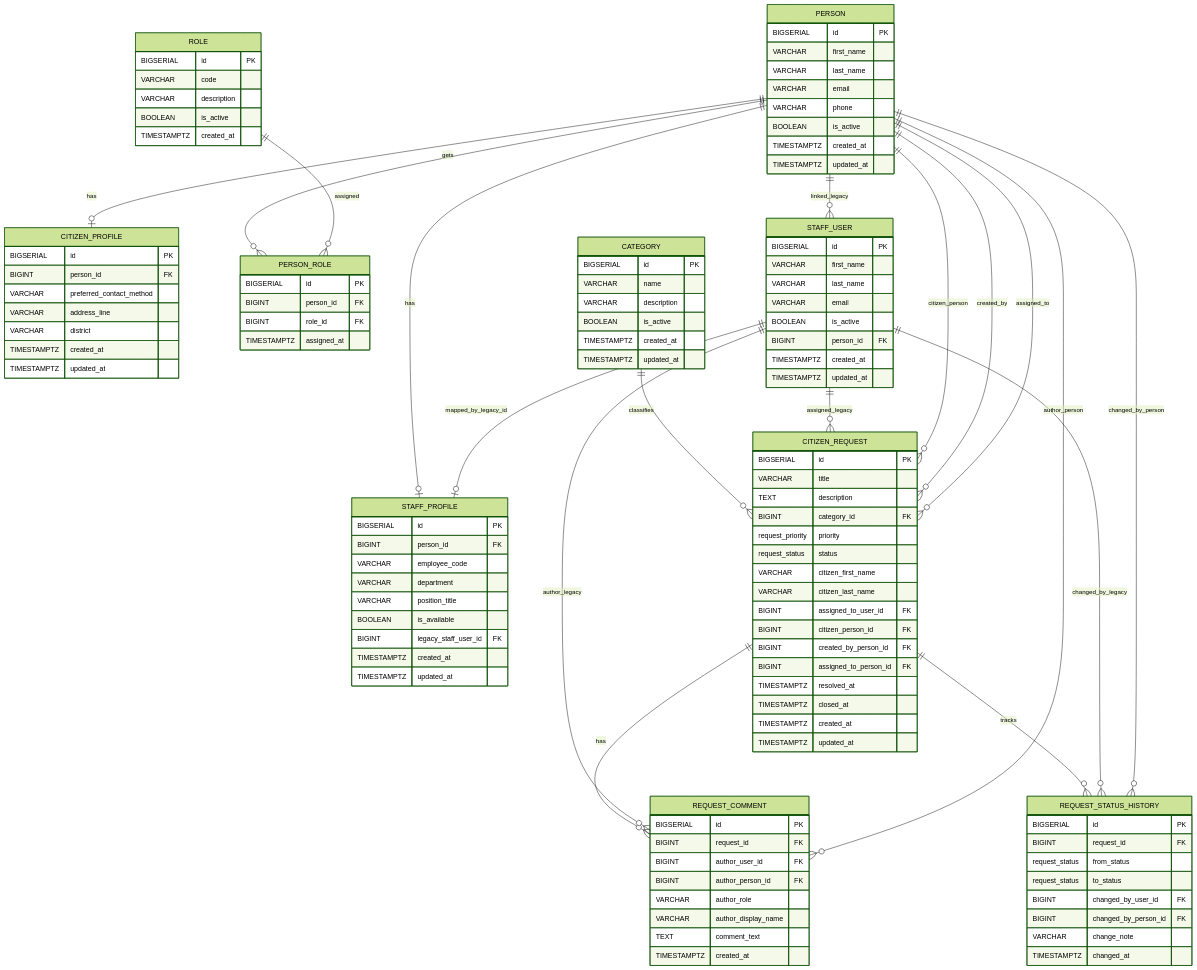
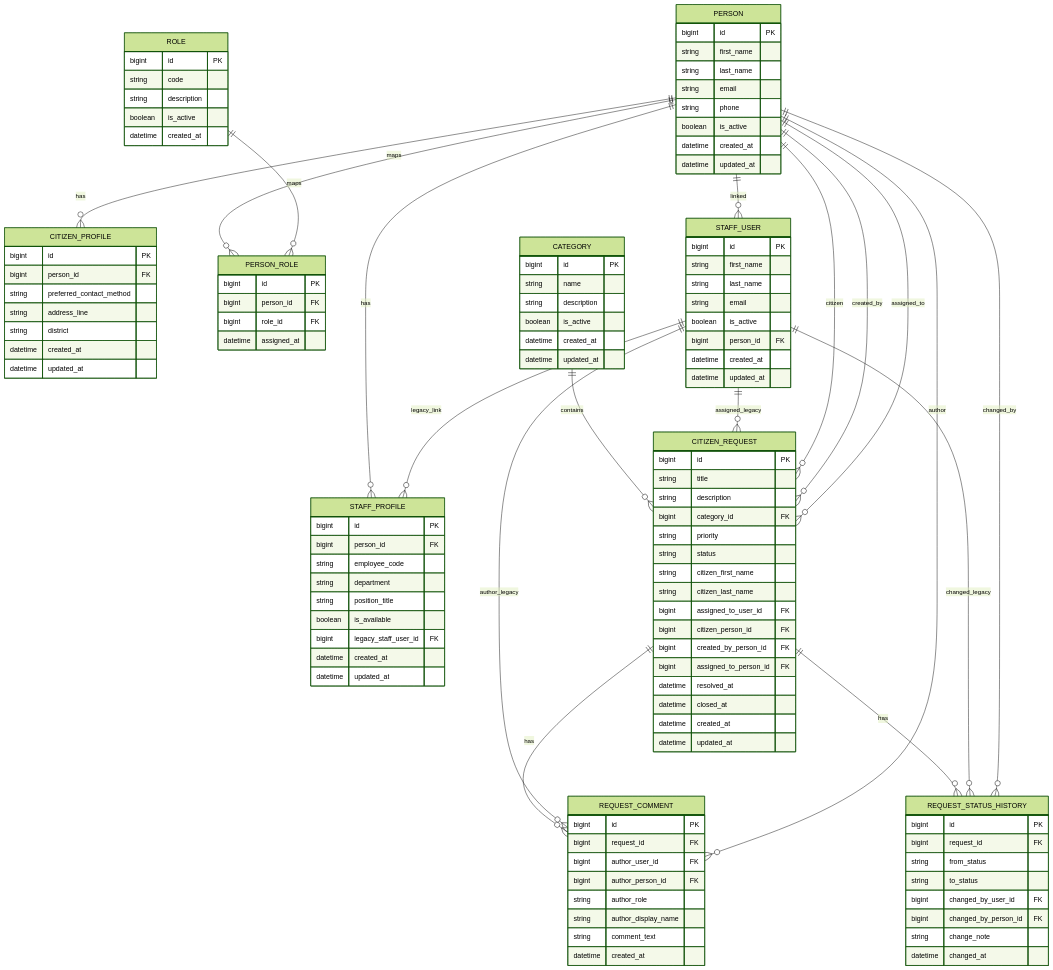
The diagram in README.md (andrii-kosmeniuk/citizen-managment-system), drawn with Mermaid (forest theme) before and after one commit. The commit also changed other lines of this file, not shown here.

Commit message:
Change ER in readme

````diff
--- a/README.md
+++ b/README.md
@@ -189,133 +189,133 @@
 ```mermaid
 erDiagram
     PERSON {
-        BIGSERIAL id PK
-        VARCHAR first_name
-        VARCHAR last_name
-        VARCHAR email
-        VARCHAR phone
-        BOOLEAN is_active
-        TIMESTAMPTZ created_at
-        TIMESTAMPTZ updated_at
+        bigint id PK
+        string first_name
+        string last_name
+        string email
+        string phone
+        boolean is_active
+        datetime created_at
+        datetime updated_at
     }
 
     CITIZEN_PROFILE {
-        BIGSERIAL id PK
-        BIGINT person_id FK
-        VARCHAR preferred_contact_method
-        VARCHAR address_line
-        VARCHAR district
-        TIMESTAMPTZ created_at
-        TIMESTAMPTZ updated_at
+        bigint id PK
+        bigint person_id FK
+        string preferred_contact_method
+        string address_line
+        string district
+        datetime created_at
+        datetime updated_at
     }
 
     STAFF_PROFILE {
-        BIGSERIAL id PK
-        BIGINT person_id FK
-        VARCHAR employee_code
-        VARCHAR department
-        VARCHAR position_title
-        BOOLEAN is_available
-        BIGINT legacy_staff_user_id FK
-        TIMESTAMPTZ created_at
-        TIMESTAMPTZ updated_at
+        bigint id PK
+        bigint person_id FK
+        string employee_code
+        string department
+        string position_title
+        boolean is_available
+        bigint legacy_staff_user_id FK
+        datetime created_at
+        datetime updated_at
     }
 
     ROLE {
-        BIGSERIAL id PK
-        VARCHAR code
-        VARCHAR description
-        BOOLEAN is_active
-        TIMESTAMPTZ created_at
+        bigint id PK
+        string code
+        string description
+        boolean is_active
+        datetime created_at
     }
 
     PERSON_ROLE {
-        BIGSERIAL id PK
-        BIGINT person_id FK
-        BIGINT role_id FK
-        TIMESTAMPTZ assigned_at
+        bigint id PK
+        bigint person_id FK
+        bigint role_id FK
+        datetime assigned_at
     }
 
     STAFF_USER {
-        BIGSERIAL id PK
-        VARCHAR first_name
-        VARCHAR last_name
-        VARCHAR email
-        BOOLEAN is_active
-        BIGINT person_id FK
-        TIMESTAMPTZ created_at
-        TIMESTAMPTZ updated_at
+        bigint id PK
+        string first_name
+        string last_name
+        string email
+        boolean is_active
+        bigint person_id FK
+        datetime created_at
+        datetime updated_at
     }
 
     CATEGORY {
-        BIGSERIAL id PK
-        VARCHAR name
-        VARCHAR description
-        BOOLEAN is_active
-        TIMESTAMPTZ created_at
-        TIMESTAMPTZ updated_at
+        bigint id PK
+        string name
+        string description
+        boolean is_active
+        datetime created_at
+        datetime updated_at
     }
 
     CITIZEN_REQUEST {
-        BIGSERIAL id PK
-        VARCHAR title
-        TEXT description
-        BIGINT category_id FK
-        request_priority priority
-        request_status status
-        VARCHAR citizen_first_name
-        VARCHAR citizen_last_name
-        BIGINT assigned_to_user_id FK
-        BIGINT citizen_person_id FK
-        BIGINT created_by_person_id FK
-        BIGINT assigned_to_person_id FK
-        TIMESTAMPTZ resolved_at
-        TIMESTAMPTZ closed_at
-        TIMESTAMPTZ created_at
-        TIMESTAMPTZ updated_at
+        bigint id PK
+        string title
+        string description
+        bigint category_id FK
+        string priority
+        string status
+        string citizen_first_name
+        string citizen_last_name
+        bigint assigned_to_user_id FK
+        bigint citizen_person_id FK
+        bigint created_by_person_id FK
+        bigint assigned_to_person_id FK
+        datetime resolved_at
+        datetime closed_at
+        datetime created_at
+        datetime updated_at
     }
 
     REQUEST_COMMENT {
-        BIGSERIAL id PK
-        BIGINT request_id FK
-        BIGINT author_user_id FK
-        BIGINT author_person_id FK
-        VARCHAR author_role
-        VARCHAR author_display_name
-        TEXT comment_text
-        TIMESTAMPTZ created_at
+        bigint id PK
+        bigint request_id FK
+        bigint author_user_id FK
+        bigint author_person_id FK
+        string author_role
+        string author_display_name
+        string comment_text
+        datetime created_at
     }
 
     REQUEST_STATUS_HISTORY {
-        BIGSERIAL id PK
-        BIGINT request_id FK
-        request_status from_status
-        request_status to_status
-        BIGINT changed_by_user_id FK
-        BIGINT changed_by_person_id FK
-        VARCHAR change_note
-        TIMESTAMPTZ changed_at
+        bigint id PK
+        bigint request_id FK
+        string from_status
+        string to_status
+        bigint changed_by_user_id FK
+        bigint changed_by_person_id FK
+        string change_note
+        datetime changed_at
     }
 
-    PERSON ||--o| CITIZEN_PROFILE : has
-    PERSON ||--o| STAFF_PROFILE : has
-    PERSON ||--o{ PERSON_ROLE : gets
-    ROLE ||--o{ PERSON_ROLE : assigned
+    PERSON ||--o{ CITIZEN_PROFILE : "has"
+    PERSON ||--o{ STAFF_PROFILE : "has"
+    PERSON ||--o{ PERSON_ROLE : "maps"
+    ROLE ||--o{ PERSON_ROLE : "maps"
 
-    PERSON ||--o{ STAFF_USER : linked_legacy
-    STAFF_USER ||--o| STAFF_PROFILE : mapped_by_legacy_id
+    PERSON ||--o{ STAFF_USER : "linked"
+    STAFF_USER ||--o{ STAFF_PROFILE : "legacy_link"
 
-    CATEGORY ||--o{ CITIZEN_REQUEST : classifies
-    STAFF_USER ||--o{ CITIZEN_REQUEST : assigned_legacy
-    PERSON ||--o{ CITIZEN_REQUEST : citizen_person
-    PERSON ||--o{ CITIZEN_REQUEST : created_by
-    PERSON ||--o{ CITIZEN_REQUEST : assigned_to
+    CATEGORY ||--o{ CITIZEN_REQUEST : "contains"
+    STAFF_USER ||--o{ CITIZEN_REQUEST : "assigned_legacy"
+    PERSON ||--o{ CITIZEN_REQUEST : "citizen"
+    PERSON ||--o{ CITIZEN_REQUEST : "created_by"
+    PERSON ||--o{ CITIZEN_REQUEST : "assigned_to"
 
-    CITIZEN_REQUEST ||--o{ REQUEST_COMMENT : has
-    STAFF_USER ||--o{ REQUEST_COMMENT : author_legacy
-    PERSON ||--o{ REQUEST_COMMENT : author_person
+    CITIZEN_REQUEST ||--o{ REQUEST_COMMENT : "has"
+    STAFF_USER ||--o{ REQUEST_COMMENT : "author_legacy"
+    PERSON ||--o{ REQUEST_COMMENT : "author"
 
-    CITIZEN_REQUEST ||--o{ REQUEST_STATUS_HISTORY : tracks
-    STAFF_USER ||--o{ REQUEST_STATUS_HISTORY : changed_by_legacy
-    PERSON ||--o{ REQUEST_STATUS_HISTORY : changed_by_person
+    CITIZEN_REQUEST ||--o{ REQUEST_STATUS_HISTORY : "has"
+    STAFF_USER ||--o{ REQUEST_STATUS_HISTORY : "changed_legacy"
+    PERSON ||--o{ REQUEST_STATUS_HISTORY : "changed_by"
 ```
````
